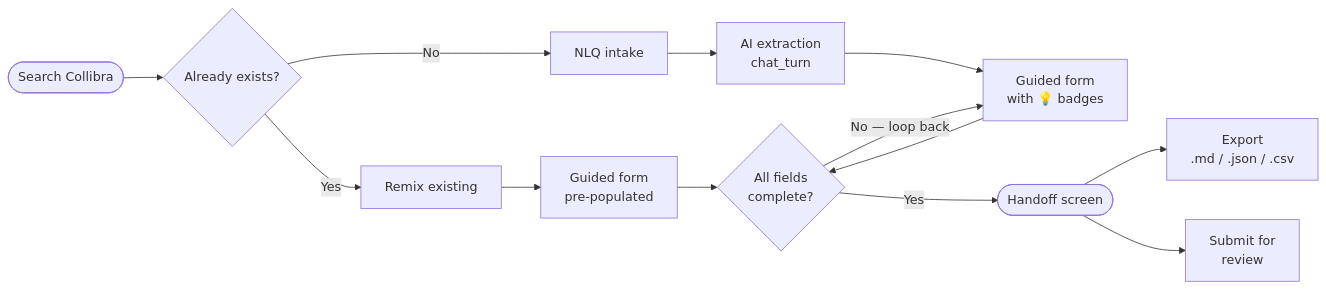
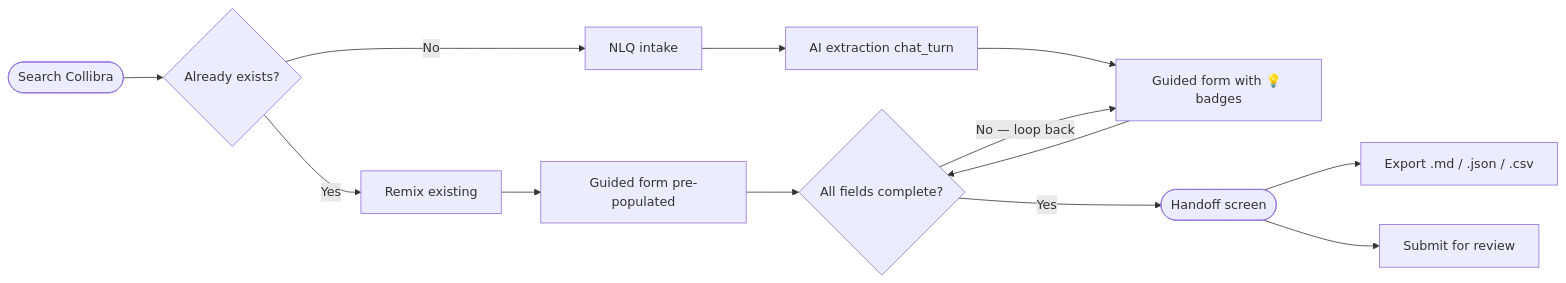
The second of 5 diagrams in README.md (vm799/data-product-concierge), drawn with Mermaid before and after one commit. The commit also changed other lines of this file and 1 other file, not shown here.

````diff
--- a/README.md
+++ b/README.md
@@ -148,15 +148,15 @@
 ```mermaid
 flowchart LR
     Search([Search Collibra]) --> Exists{Already exists?}
     Exists -->|Yes| Remix[Remix existing]
     Exists -->|No| NLQ[NLQ intake]
-    Remix --> PrePop[Guided form\npre-populated]
-    NLQ --> Extract[AI extraction\nchat_turn]
-    Extract --> Badges[Guided form\nwith 💡 badges]
-    PrePop --> Complete{All fields\ncomplete?}
+    Remix --> PrePop[Guided form pre-populated]
+    NLQ --> Extract[AI extraction chat_turn]
+    Extract --> Badges[Guided form with 💡 badges]
+    PrePop --> Complete{All fields complete?}
     Badges --> Complete
     Complete -->|No — loop back| Badges
     Complete -->|Yes| Handoff([Handoff screen])
-    Handoff --> Export[Export\n.md / .json / .csv]
-    Handoff --> Submit[Submit for\nreview]
+    Handoff --> Export[Export .md / .json / .csv]
+    Handoff --> Submit[Submit for review]
 ```
````
